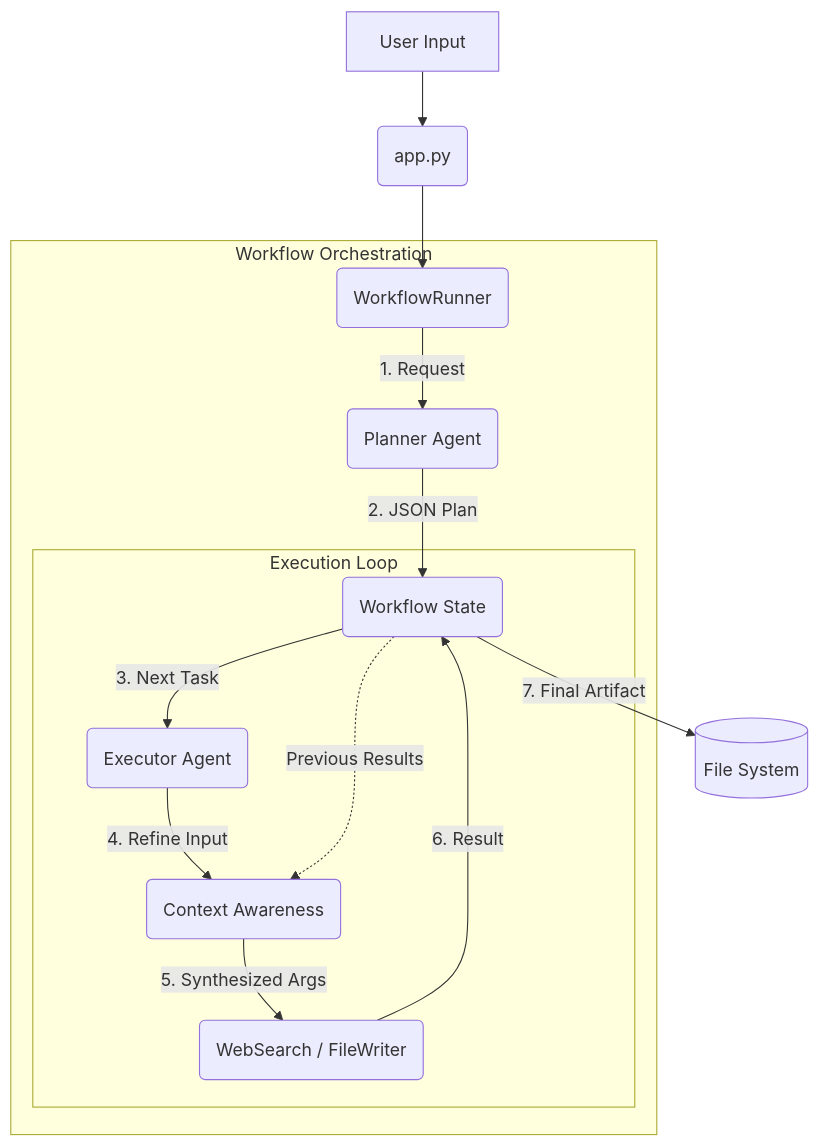
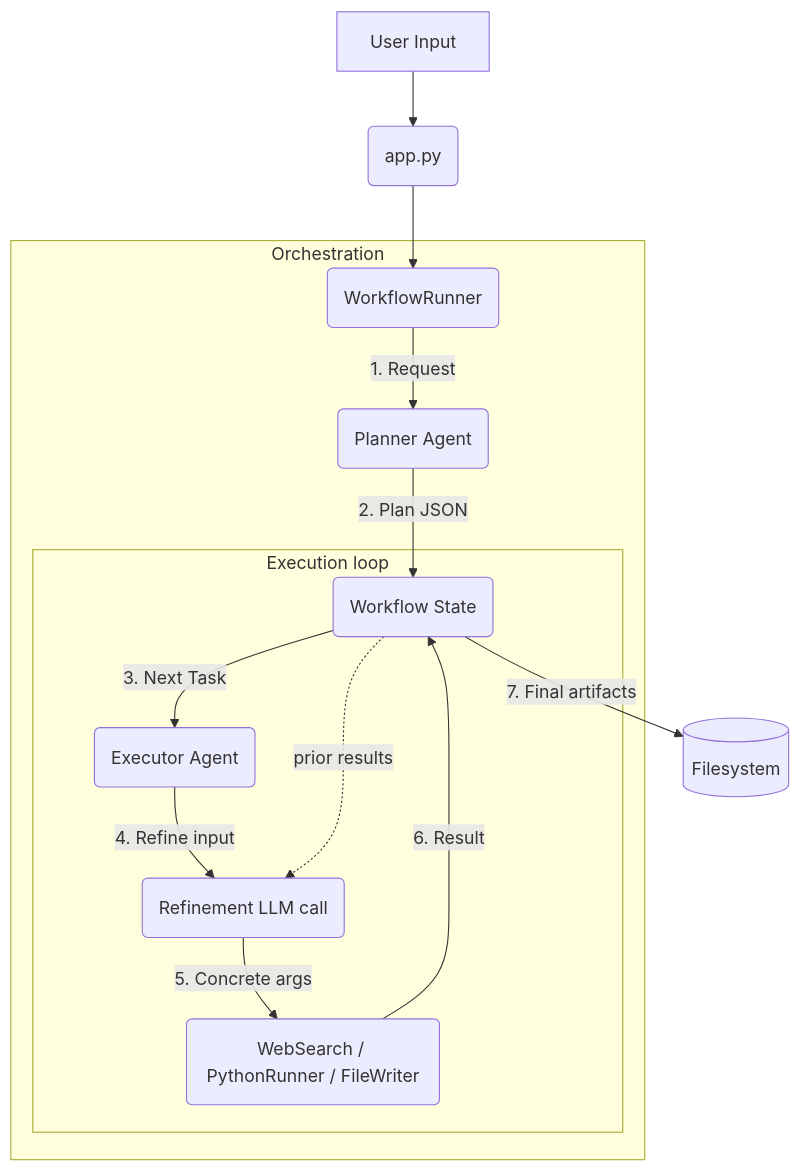
Before and after one commit to coding-with-abbi/ai-portfolio: the diagram in projects/ai-workflow-orchestrator/README.md, drawn with Mermaid. The commit also changed other lines of this file and 1 other file, not shown here.

First line of the commit message:
docs: rewrite ai-system-hub + ai-workflow-orchestrator READMEs

````diff
--- a/projects/ai-workflow-orchestrator/README.md
+++ b/projects/ai-workflow-orchestrator/README.md
@@ -10,21 +20,20 @@
 ```mermaid
 graph TD
     User[User Input] --> App(app.py)
     App --> Runner(WorkflowRunner)
-    
-    subgraph Orchester [Workflow Orchestration]
+
+    subgraph Orchestration
         Runner -->|1. Request| Planner(Planner Agent)
-        Planner -->|2. JSON Plan| State(Workflow State)
-        
+        Planner -->|2. Plan JSON| State(Workflow State)
         State -->|3. Next Task| Executor(Executor Agent)
-        
-        subgraph Execution Loop
-            Executor -->|4. Refine Input| ContextLLM(Context Awareness)
-            State -.->|Previous Results| ContextLLM
-            ContextLLM -->|5. Synthesized Args| Tools(WebSearch / FileWriter)
+
+        subgraph "Execution loop"
+            Executor -->|4. Refine input| ContextLLM(Refinement LLM call)
+            State -.->|prior results| ContextLLM
+            ContextLLM -->|5. Concrete args| Tools(WebSearch / PythonRunner / FileWriter)
             Tools -->|6. Result| State
         end
     end
-    
-    State -->|7. Final Artifact| Disk[(File System)]
+
+    State -->|7. Final artifacts| Disk[(Filesystem)]
 ```
````
